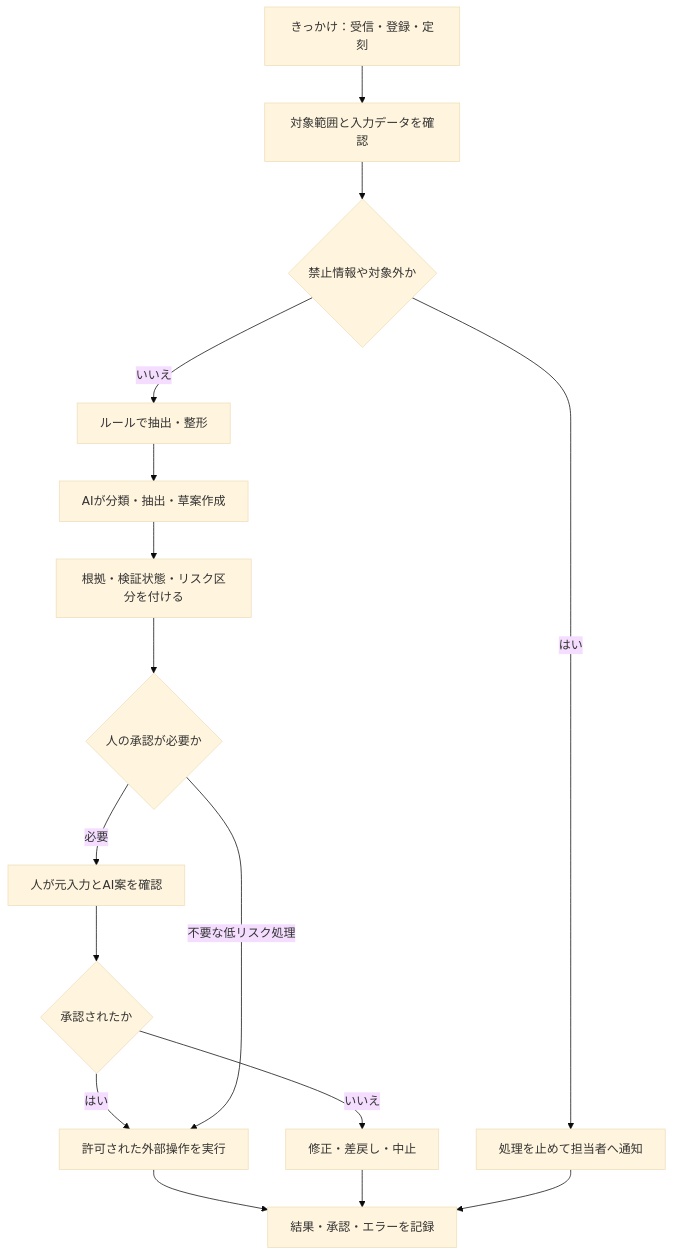
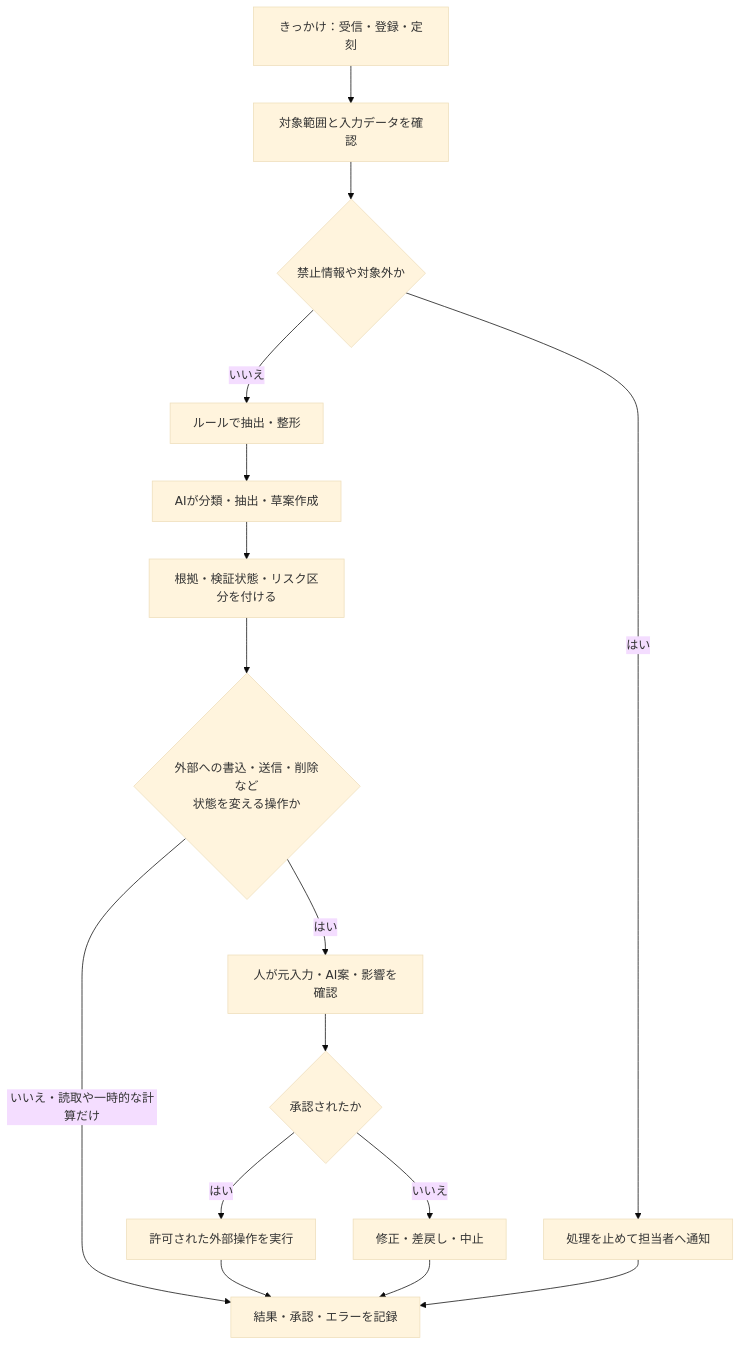
One commit to kiyo37/AI-- changed the first of 7 diagrams in ai-business-efficiency-instructor-content/09_ai_automation_and_agents.md. Above: the diagram before and after it, drawn with Mermaid (base theme). The commit also changed other lines of this file and 139 other files, not shown here.

````diff
--- a/ai-business-efficiency-instructor-content/09_ai_automation_and_agents.md
+++ b/ai-business-efficiency-instructor-content/09_ai_automation_and_agents.md
@@ -55,18 +85,18 @@
 ```mermaid
 flowchart TD
     A["きっかけ：受信・登録・定刻"] --> B["対象範囲と入力データを確認"]
     B --> C{"禁止情報や対象外か"}
     C -->|はい| D["処理を止めて担当者へ通知"]
     C -->|いいえ| E["ルールで抽出・整形"]
     E --> F["AIが分類・抽出・草案作成"]
     F --> G["根拠・検証状態・リスク区分を付ける"]
-    G --> H{"人の承認が必要か"}
-    H -->|必要| I["人が元入力とAI案を確認"]
+    G --> H{"外部への書込・送信・削除など<br/>状態を変える操作か"}
+    H -->|はい| I["人が元入力・AI案・影響を確認"]
     I --> J{"承認されたか"}
     J -->|はい| K["許可された外部操作を実行"]
     J -->|いいえ| L["修正・差戻し・中止"]
-    H -->|不要な低リスク処理| K
+    H -->|いいえ・読取や一時的な計算だけ| M["結果・判断・エラーを記録"]
     K --> M["結果・承認・エラーを記録"]
     L --> M
     D --> M
 ```
````
